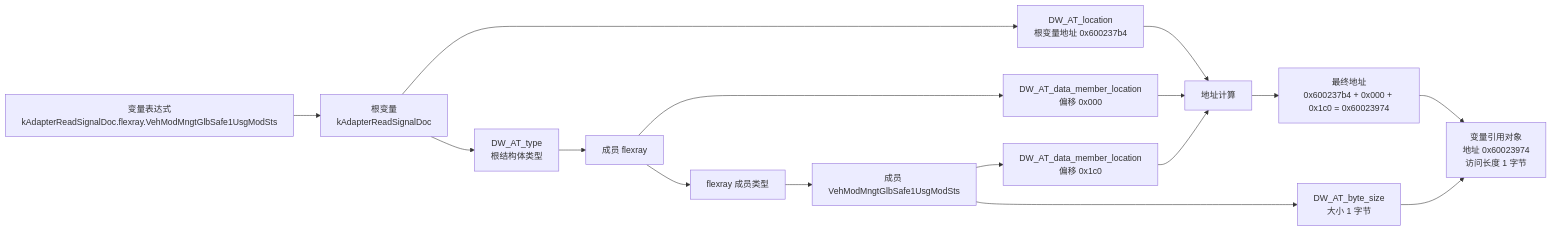
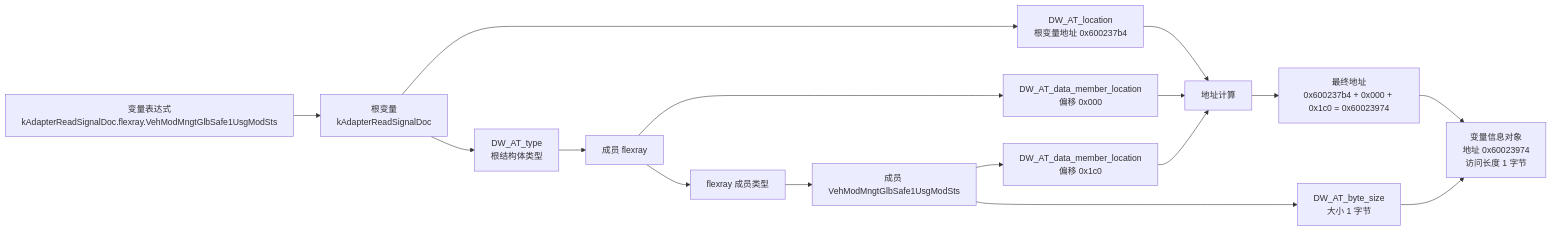
The fourth of 5 diagrams in docs/TC397_ELF_DAP_PATENT_DRAFT.md (Dream-007/TC397Tools), drawn with Mermaid before and after one commit. The commit also changed other lines of this file and 25 other files, not shown here.

````diff
--- a/docs/TC397_ELF_DAP_PATENT_DRAFT.md
+++ b/docs/TC397_ELF_DAP_PATENT_DRAFT.md
@@ -288,21 +335,21 @@
 ```mermaid
 flowchart LR
     A["变量表达式<br/>kAdapterReadSignalDoc.flexray.VehModMngtGlbSafe1UsgModSts"] --> B["根变量<br/>kAdapterReadSignalDoc"]
     B --> C["DW_AT_location<br/>根变量地址 0x600237b4"]
     B --> D["DW_AT_type<br/>根结构体类型"]
 
     D --> E["成员 flexray"]
     E --> F["DW_AT_data_member_location<br/>偏移 0x000"]
     E --> G["flexray 成员类型"]
 
     G --> H["成员 VehModMngtGlbSafe1UsgModSts"]
     H --> I["DW_AT_data_member_location<br/>偏移 0x1c0"]
     H --> J["DW_AT_byte_size<br/>大小 1 字节"]
 
     C --> K["地址计算"]
     F --> K
     I --> K
     K --> L["最终地址<br/>0x600237b4 + 0x000 + 0x1c0 = 0x60023974"]
-    J --> M["变量引用对象<br/>地址 0x60023974<br/>访问长度 1 字节"]
+    J --> M["变量信息对象<br/>地址 0x60023974<br/>访问长度 1 字节"]
     L --> M
 ```
````
